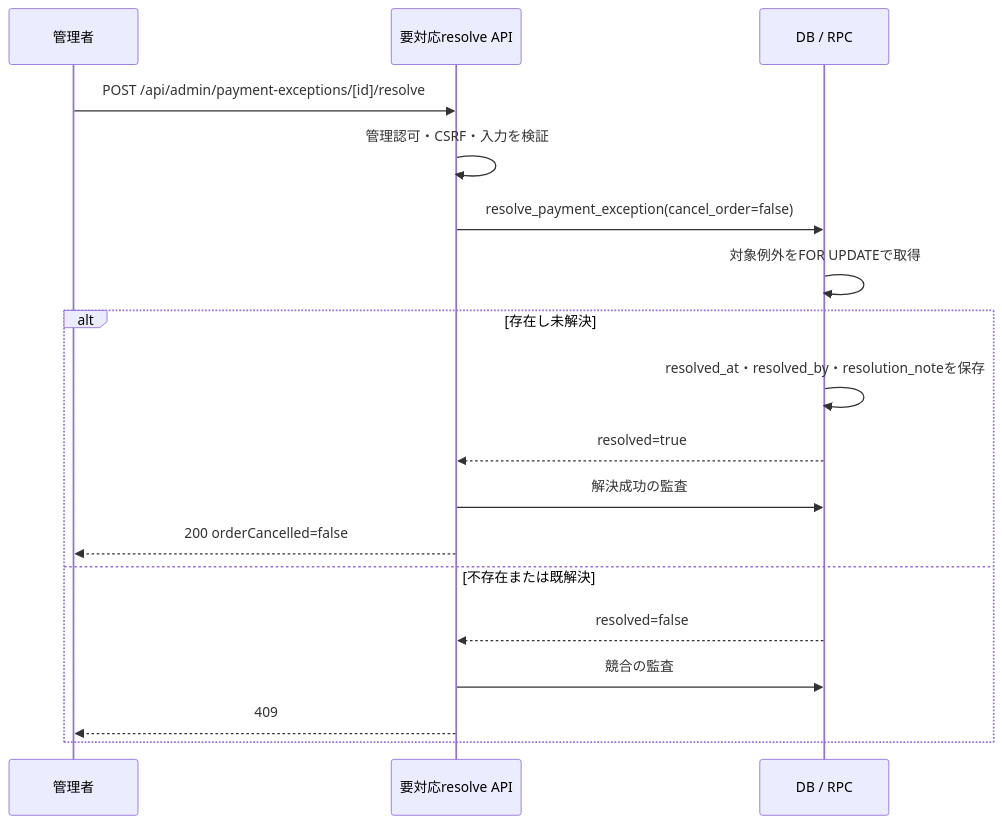
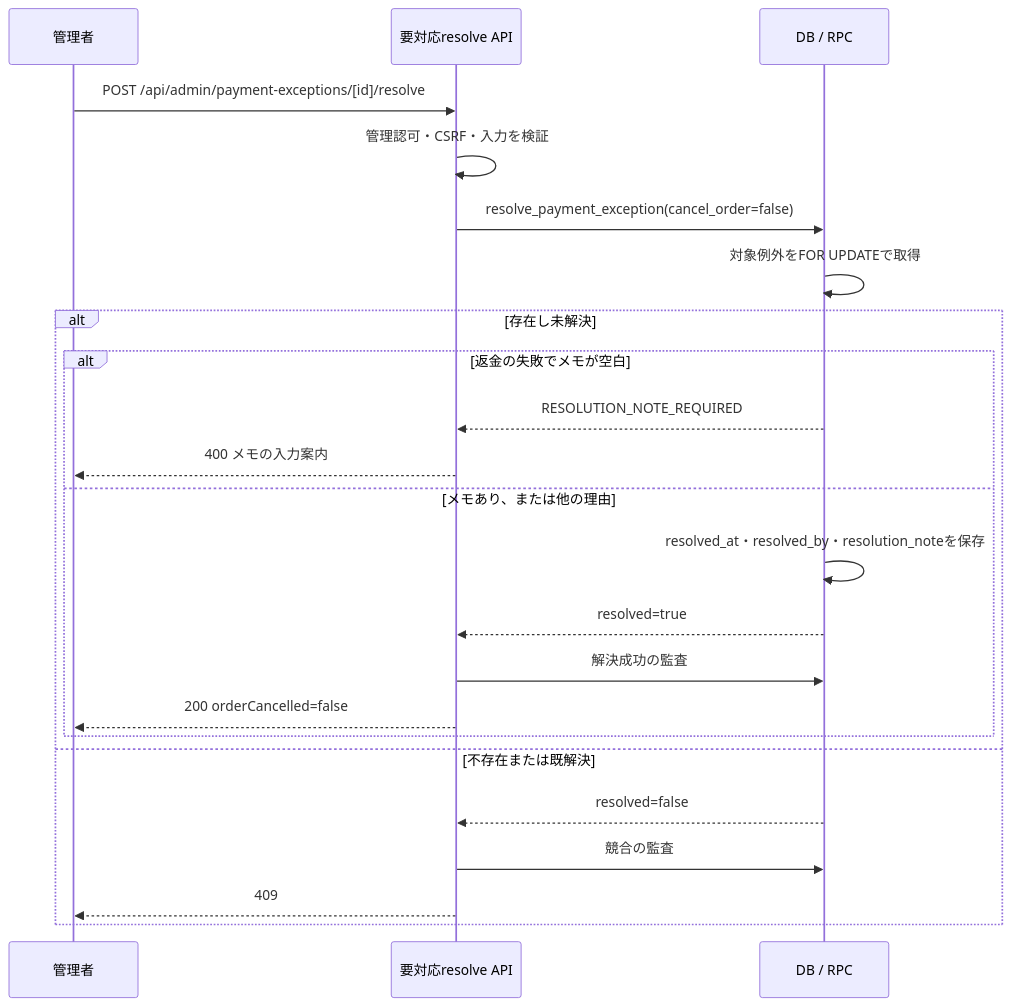
The fifth of 18 diagrams in docs/04_DetailDesign/sequence/order-administration.md (ChocoWork/o_official), drawn with Mermaid before and after one commit. The commit also changed other lines of this file and 10 other files, not shown here.

````diff
--- a/docs/04_DetailDesign/sequence/order-administration.md
+++ b/docs/04_DetailDesign/sequence/order-administration.md
@@ -256,20 +256,25 @@
 ```mermaid
 sequenceDiagram
     participant Admin as 管理者
     participant API as 要対応resolve API
     participant DB as DB / RPC
     Admin->>API: POST /api/admin/payment-exceptions/[id]/resolve
     API->>API: 管理認可・CSRF・入力を検証
     API->>DB: resolve_payment_exception(cancel_order=false)
     DB->>DB: 対象例外をFOR UPDATEで取得
     alt 存在し未解決
-        DB->>DB: resolved_at・resolved_by・resolution_noteを保存
-        DB-->>API: resolved=true
-        API->>DB: 解決成功の監査
-        API-->>Admin: 200 orderCancelled=false
+        alt 返金の失敗でメモが空白
+            DB-->>API: RESOLUTION_NOTE_REQUIRED
+            API-->>Admin: 400 メモの入力案内
+        else メモあり、または他の理由
+            DB->>DB: resolved_at・resolved_by・resolution_noteを保存
+            DB-->>API: resolved=true
+            API->>DB: 解決成功の監査
+            API-->>Admin: 200 orderCancelled=false
+        end
     else 不存在または既解決
         DB-->>API: resolved=false
         API->>DB: 競合の監査
         API-->>Admin: 409
     end
 ```
````
